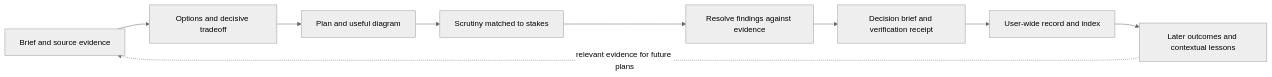
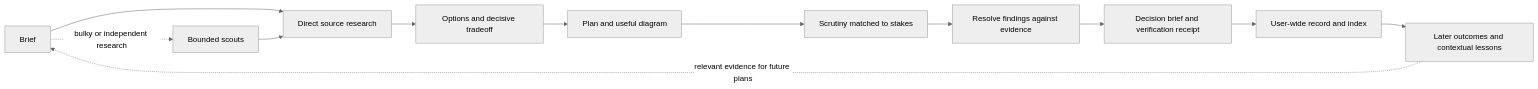
Before and after one commit to hardworker/agentic-toolkit: the diagram in ARCHITECTURE.md, drawn with Mermaid (neutral theme). The commit also changed other lines of this file and 9 other files, not shown here.

Commit message:
feat: add bounded research scouts and explicit planning boundary

````diff
--- a/ARCHITECTURE.md
+++ b/ARCHITECTURE.md
@@ -17,11 +17,14 @@
 ```mermaid
 flowchart LR
-    B[Brief and source evidence] --> O[Options and decisive tradeoff]
+    B[Brief] --> E[Direct source research]
+    B -. bulky or independent research .-> S[Bounded scouts]
+    S --> E
+    E --> O[Options and decisive tradeoff]
     O --> P[Plan and useful diagram]
     P --> C[Scrutiny matched to stakes]
     C --> R[Resolve findings against evidence]
     R --> H[Decision brief and verification receipt]
     H --> L[User-wide record and index]
     L --> U[Later outcomes and contextual lessons]
     U -. relevant evidence for future plans .-> B
 ```
````
